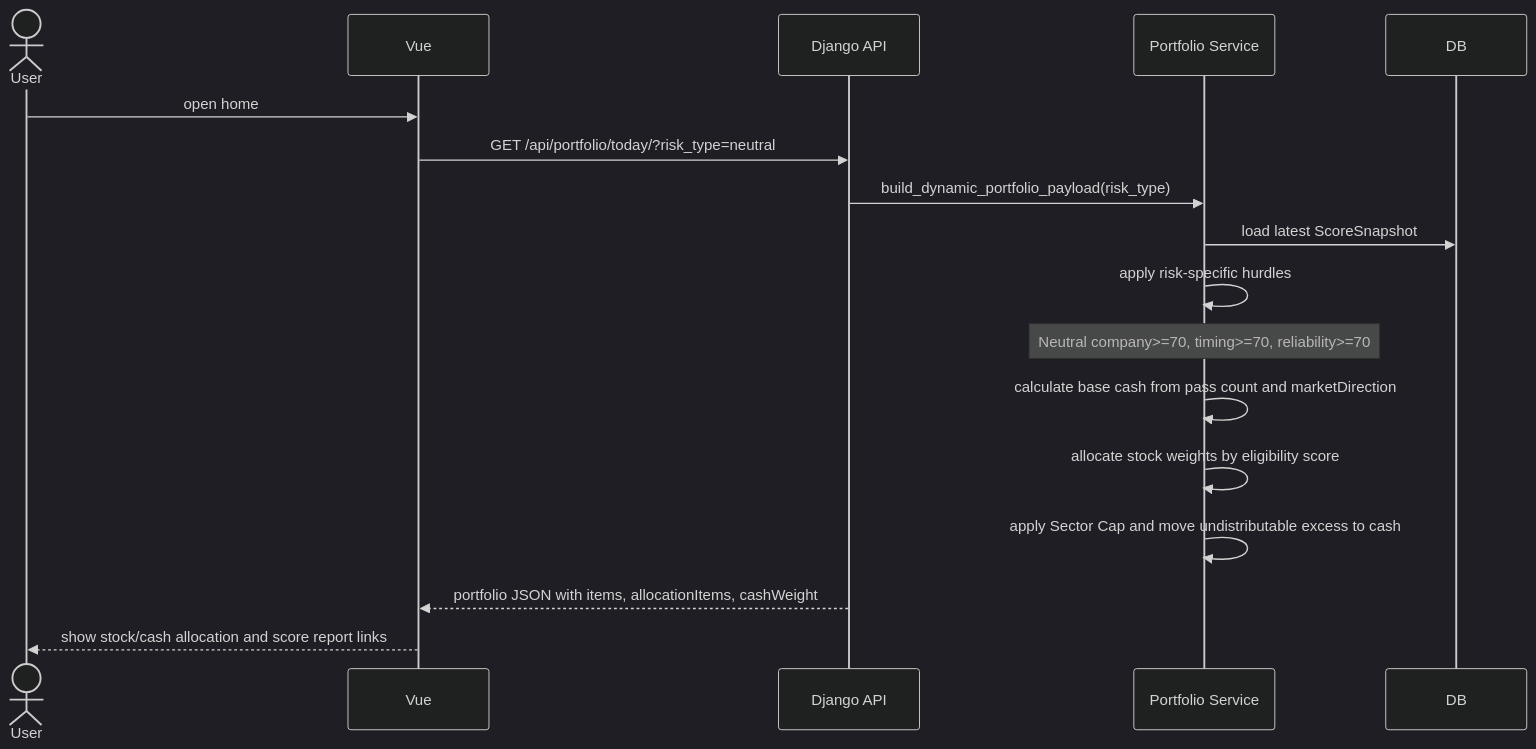
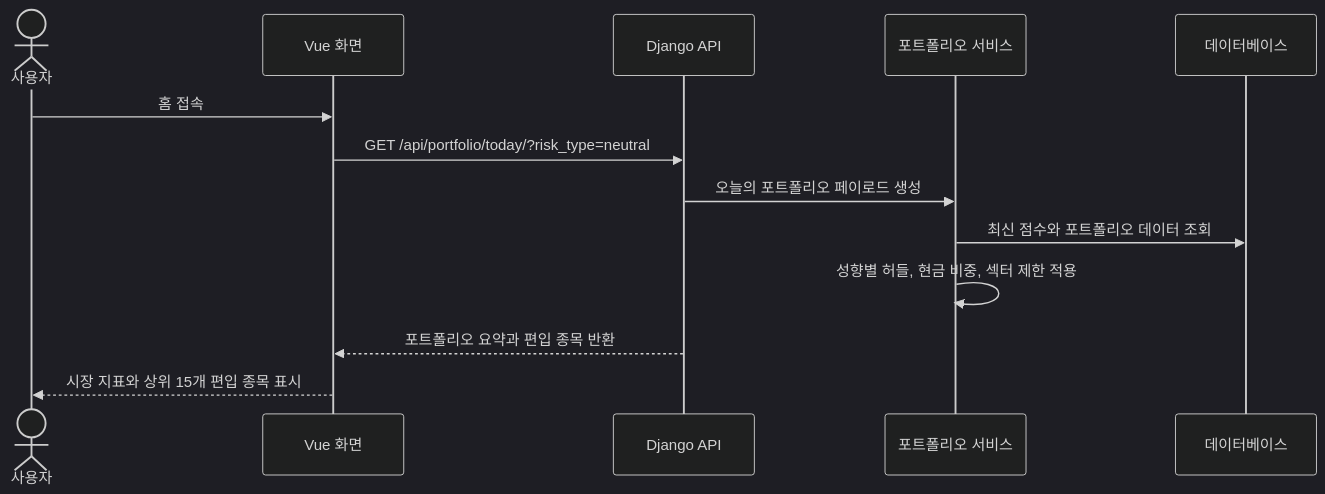
One commit to Janjonghwa/Alphapick changed the third of 4 diagrams in docs/UML.md. Above: the diagram before and after it, drawn with Mermaid (dark theme). The commit also changed other lines of this file and 46 other files, not shown here.

````diff
--- a/docs/UML.md
+++ b/docs/UML.md
@@ -73,20 +73,16 @@
 ```mermaid
 sequenceDiagram
-  actor User
-  participant Vue
+  actor User as 사용자
+  participant Vue as Vue 화면
   participant API as Django API
-  participant Engine as Portfolio Service
-  participant DB
+  participant Service as 포트폴리오 서비스
+  participant DB as 데이터베이스
 
-  User->>Vue: open home
+  User->>Vue: 홈 접속
   Vue->>API: GET /api/portfolio/today/?risk_type=neutral
-  API->>Engine: build_dynamic_portfolio_payload(risk_type)
-  Engine->>DB: load latest ScoreSnapshot
-  Engine->>Engine: apply risk-specific hurdles
-  Note over Engine: Neutral company>=70, timing>=70, reliability>=70
-  Engine->>Engine: calculate base cash from pass count and marketDirection
-  Engine->>Engine: allocate stock weights by eligibility score
-  Engine->>Engine: apply Sector Cap and move undistributable excess to cash
-  API-->>Vue: portfolio JSON with items, allocationItems, cashWeight
-  Vue-->>User: show stock/cash allocation and score report links
+  API->>Service: 오늘의 포트폴리오 페이로드 생성
+  Service->>DB: 최신 점수와 포트폴리오 데이터 조회
+  Service->>Service: 성향별 허들, 현금 비중, 섹터 제한 적용
+  API-->>Vue: 포트폴리오 요약과 편입 종목 반환
+  Vue-->>User: 시장 지표와 상위 15개 편입 종목 표시
 ```
````
